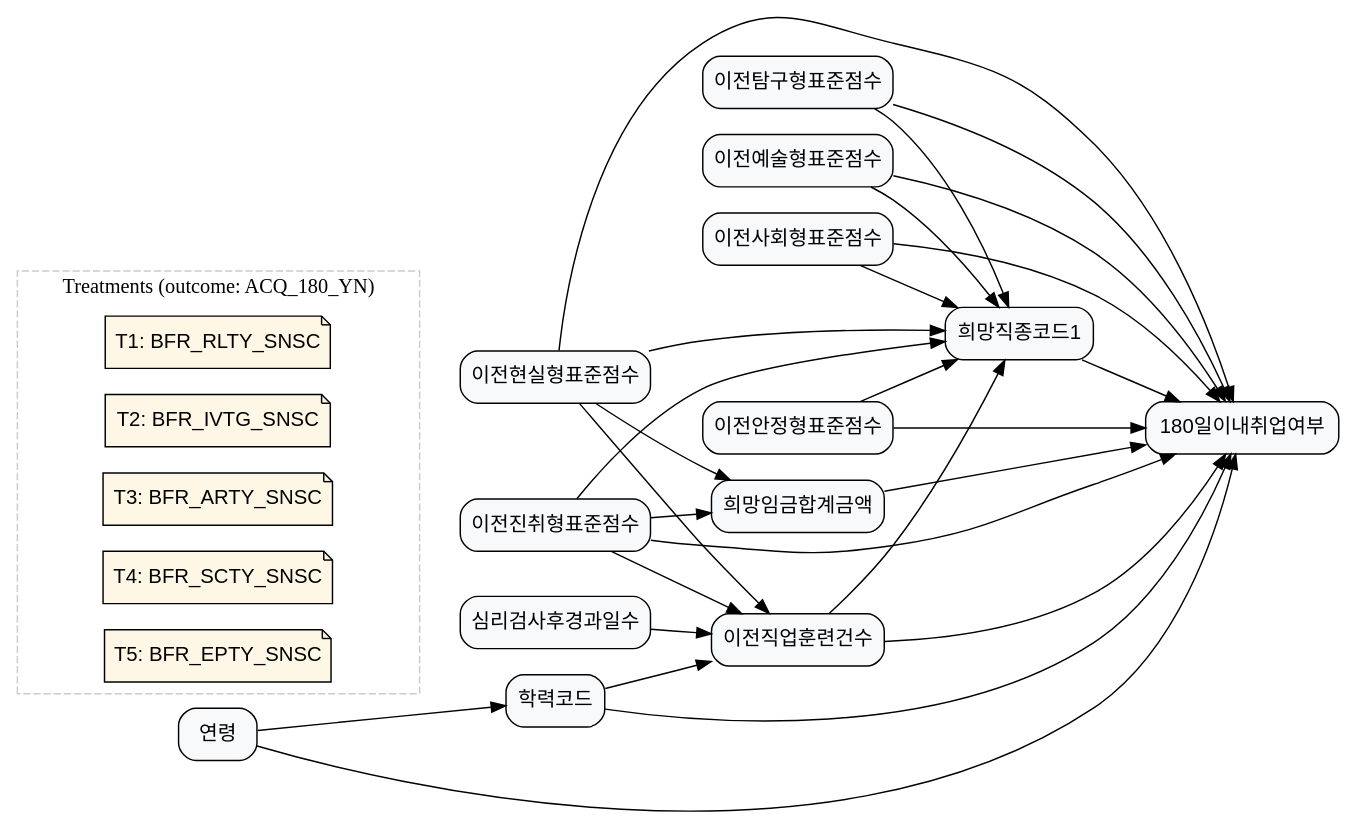
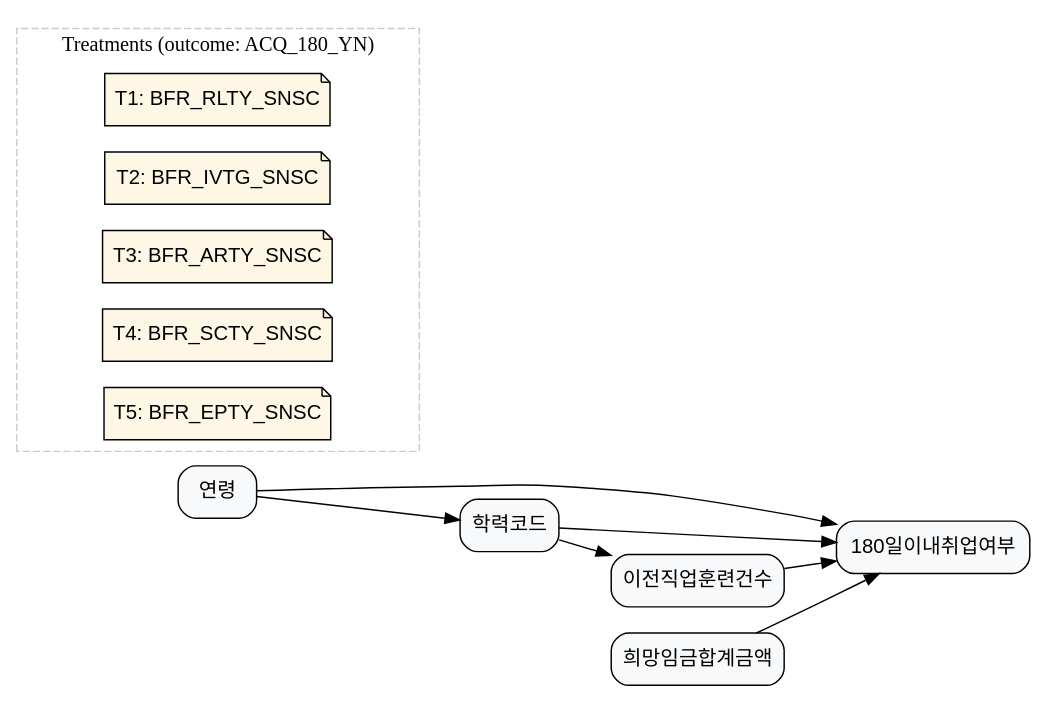
Before and after one commit to KU-LIM-Lab/dowhy-deep: the diagram in laborlab_2/data/graph_data/graph_9.dot, drawn with Graphviz. The commit also changed 67 other files, not shown here.

Commit message:
graph examined and updated. graph_31-40 newly added. graph visualization added

```diff
--- a/laborlab_2/data/graph_data/graph_9.dot
+++ b/laborlab_2/data/graph_data/graph_9.dot
@@ -1,54 +1,27 @@
 digraph G {
 rankdir=LR;
 node [fillcolor="#F8F9FB", fontname="Helvetica", shape=box, style="rounded,filled"];
 ACQ_180_YN [label="180일이내취업여부"];
-BFR_RLTY_SNSC [label="이전현실형표준점수"];
-BFR_IVTG_SNSC [label="이전탐구형표준점수"];
-BFR_ARTY_SNSC [label="이전예술형표준점수"];
-BFR_SCTY_SNSC [label="이전사회형표준점수"];
-BFR_EPTY_SNSC [label="이전진취형표준점수"];
-BFR_CSTP_SNSC [label="이전안정형표준점수"];
-BFR_PSIS_ELPS_DYCT [label="심리검사후경과일수"];
 BFR_OCTR_CT [label="이전직업훈련건수"];
-HOPE_JSCD1 [label="희망직종코드1"];
 HOPE_WAGE_SM_AMT [label="희망임금합계금액"];
 AGE [label="연령"];
 ACCR_CD [label="학력코드"];
 AGE -> ACCR_CD;
 ACCR_CD -> BFR_OCTR_CT;
-BFR_RLTY_SNSC -> HOPE_JSCD1;
-BFR_IVTG_SNSC -> HOPE_JSCD1;
-BFR_ARTY_SNSC -> HOPE_JSCD1;
-BFR_SCTY_SNSC -> HOPE_JSCD1;
-BFR_EPTY_SNSC -> HOPE_JSCD1;
-BFR_CSTP_SNSC -> HOPE_JSCD1;
-BFR_RLTY_SNSC -> BFR_OCTR_CT;
-BFR_EPTY_SNSC -> BFR_OCTR_CT;
-BFR_RLTY_SNSC -> HOPE_WAGE_SM_AMT;
-BFR_EPTY_SNSC -> HOPE_WAGE_SM_AMT;
-BFR_PSIS_ELPS_DYCT -> BFR_OCTR_CT;
-BFR_OCTR_CT -> HOPE_JSCD1;
-BFR_RLTY_SNSC -> ACQ_180_YN;
-BFR_IVTG_SNSC -> ACQ_180_YN;
-BFR_ARTY_SNSC -> ACQ_180_YN;
-BFR_SCTY_SNSC -> ACQ_180_YN;
-BFR_EPTY_SNSC -> ACQ_180_YN;
-BFR_CSTP_SNSC -> ACQ_180_YN;
 BFR_OCTR_CT -> ACQ_180_YN;
-HOPE_JSCD1 -> ACQ_180_YN;
 HOPE_WAGE_SM_AMT -> ACQ_180_YN;
 AGE -> ACQ_180_YN;
 ACCR_CD -> ACQ_180_YN;
 subgraph cluster_treatments {
 color="#CCCCCC";
 label="Treatments (outcome: ACQ_180_YN)";
 style=dashed;
 node [fillcolor="#FFF7E6", fontname="Helvetica", shape=note, style="rounded,filled"];
 T1 [label="T1: BFR_RLTY_SNSC", role="treatment_meta", treatment_def="현실형 성향 점수 수준 차이의 효과", treatment_name="BFR_RLTY_SNSC", treatment_question="현실형 점수가 높은 사람과 낮은 사람의 6개월 내 취업 확률 차이?", treatment_var="BFR_RLTY_SNSC"];
 T2 [label="T2: BFR_IVTG_SNSC", role="treatment_meta", treatment_def="탐구형 성향 점수 수준 차이의 효과", treatment_name="BFR_IVTG_SNSC", treatment_question="탐구형 점수가 높은 사람과 낮은 사람의 6개월 내 취업 확률 차이?", treatment_var="BFR_IVTG_SNSC"];
 T3 [label="T3: BFR_ARTY_SNSC", role="treatment_meta", treatment_def="예술형 성향 점수 수준 차이의 효과", treatment_name="BFR_ARTY_SNSC", treatment_question="예술형 점수가 높은 사람과 낮은 사람의 6개월 내 취업 확률 차이?", treatment_var="BFR_ARTY_SNSC"];
 T4 [label="T4: BFR_SCTY_SNSC", role="treatment_meta", treatment_def="사회형 성향 점수 수준 차이의 효과", treatment_name="BFR_SCTY_SNSC", treatment_question="사회형 점수가 높은 사람과 낮은 사람의 6개월 내 취업 확률 차이?", treatment_var="BFR_SCTY_SNSC"];
 T5 [label="T5: BFR_EPTY_SNSC", role="treatment_meta", treatment_def="진취형 성향 점수 수준 차이의 효과", treatment_name="BFR_EPTY_SNSC", treatment_question="진취형 점수가 높은 사람과 낮은 사람의 6개월 내 취업 확률 차이?", treatment_var="BFR_EPTY_SNSC"];
 }
 
 }
```
